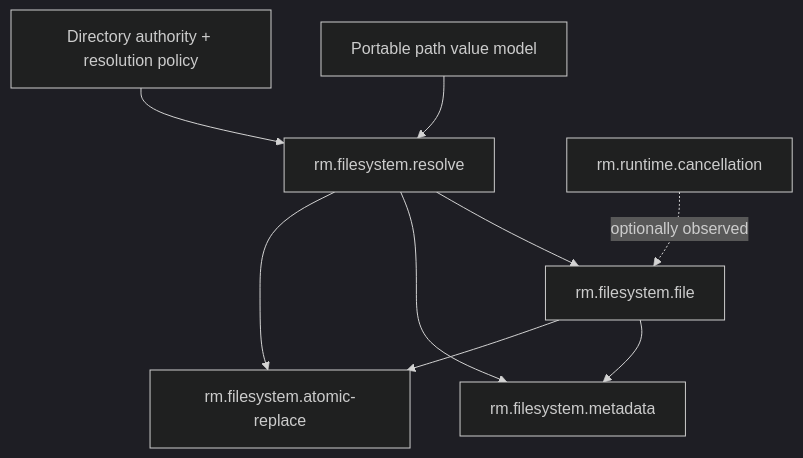
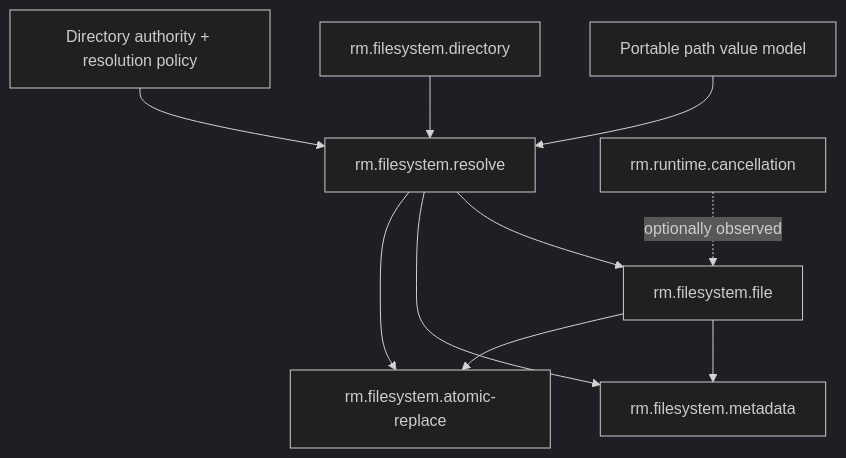
The diagram in docs/02-capabilities/filesystem/README.md (Rusty-Mill/rusty_foundation_akb), drawn with Mermaid (dark theme) before and after one commit. The commit also changed other lines of this file and 14 other files, not shown here.

````diff
--- a/docs/02-capabilities/filesystem/README.md
+++ b/docs/02-capabilities/filesystem/README.md
@@ -16,11 +16,12 @@
 ```mermaid
 flowchart TD
     Path["Portable path value model"] --> Resolve["rm.filesystem.resolve"]
+    Directory["rm.filesystem.directory"] --> Resolve
     Resolve --> File["rm.filesystem.file"]
     Resolve --> Metadata["rm.filesystem.metadata"]
     File --> Metadata
     Resolve --> Replace["rm.filesystem.atomic-replace"]
     File --> Replace
     Authority["Directory authority + resolution policy"] --> Resolve
     Cancel["rm.runtime.cancellation"] -.->|"optionally observed"| File
 ```
````
